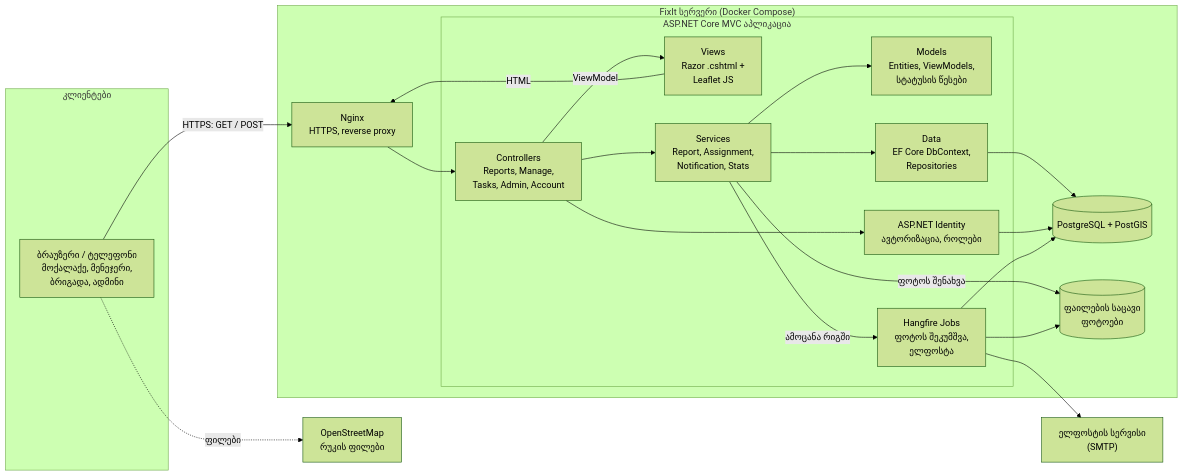
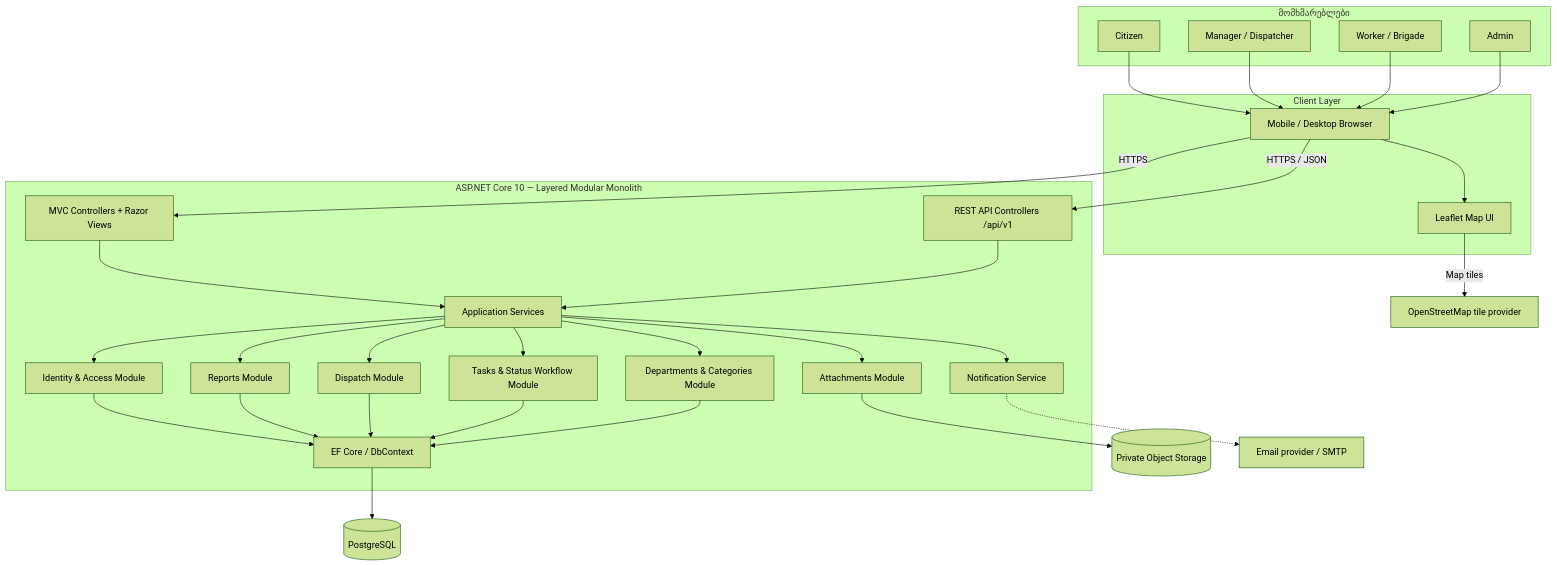
Before and after one commit to gigigiorgadze10/fixit: the first of 3 diagrams in ARCHITECTURE.md, drawn with Mermaid (forest theme). The commit also changed other lines of this file, not shown here.

````diff
--- a/ARCHITECTURE.md
+++ b/ARCHITECTURE.md
@@ -108,42 +23,56 @@
 ```mermaid
-flowchart LR
-    subgraph Clients["კლიენტები"]
-        BR["ბრაუზერი / ტელეფონი<br/>მოქალაქე, მენეჯერი,<br/>ბრიგადა, ადმინი"]
+flowchart TB
+    subgraph USERS["მომხმარებლები"]
+        CIT["Citizen"]
+        MGR["Manager / Dispatcher"]
+        WRK["Worker / Brigade"]
+        ADM["Admin"]
     end
 
-    OSM["OpenStreetMap<br/>რუკის ფილები"]
-
-    subgraph Server["FixIt სერვერი (Docker Compose)"]
-        NG["Nginx<br/>HTTPS, reverse proxy"]
-        subgraph APP["ASP.NET Core MVC აპლიკაცია"]
-            C["Controllers<br/>Reports, Manage,<br/>Tasks, Admin, Account"]
-            V["Views<br/>Razor .cshtml +<br/>Leaflet JS"]
-            S["Services<br/>Report, Assignment,<br/>Notification, Stats"]
-            M["Models<br/>Entities, ViewModels,<br/>სტატუსის წესები"]
-            R["Data<br/>EF Core DbContext,<br/>Repositories"]
-            ID["ASP.NET Identity<br/>ავტორიზაცია, როლები"]
-            HF["Hangfire Jobs<br/>ფოტოს შეკუმშვა,<br/>ელფოსტა"]
-        end
-        DB[("PostgreSQL + PostGIS")]
-        FS[("ფაილების საცავი<br/>ფოტოები")]
+    subgraph WEB["Client Layer"]
+        BROWSER["Mobile / Desktop Browser"]
+        LEAF["Leaflet Map UI"]
     end
 
-    SMTP["ელფოსტის სერვისი<br/>(SMTP)"]
+    CIT --> BROWSER
+    MGR --> BROWSER
+    WRK --> BROWSER
+    ADM --> BROWSER
+    BROWSER --> LEAF
 
-    BR -->|"HTTPS: GET / POST"| NG
-    BR -.->|ფილები| OSM
-    NG --> C
-    C -->|"ViewModel"| V
-    V -->|"HTML"| NG
-    C --> S
-    C --> ID
-    S --> M
-    S --> R
-    R --> DB
-    ID --> DB
-    S -->|"ფოტოს შენახვა"| FS
-    S -->|"ამოცანა რიგში"| HF
-    HF --> DB
-    HF --> FS
-    HF --> SMTP
+    subgraph APP["ASP.NET Core 10 — Layered Modular Monolith"]
+        MVC["MVC Controllers + Razor Views"]
+        API["REST API Controllers /api/v1"]
+        AUTH["Identity & Access Module"]
+        REPORTS["Reports Module"]
+        DISPATCH["Dispatch Module"]
+        TASKS["Tasks & Status Workflow Module"]
+        CATALOG["Departments & Categories Module"]
+        MEDIA["Attachments Module"]
+        NOTIFY["Notification Service"]
+        SERVICES["Application Services"]
+        DATA["EF Core / DbContext"]
+
+        MVC --> SERVICES
+        API --> SERVICES
+        SERVICES --> AUTH
+        SERVICES --> REPORTS
+        SERVICES --> DISPATCH
+        SERVICES --> TASKS
+        SERVICES --> CATALOG
+        SERVICES --> MEDIA
+        SERVICES --> NOTIFY
+        AUTH --> DATA
+        REPORTS --> DATA
+        DISPATCH --> DATA
+        TASKS --> DATA
+        CATALOG --> DATA
+    end
+
+    BROWSER -->|"HTTPS"| MVC
+    BROWSER -->|"HTTPS / JSON"| API
+    LEAF -->|"Map tiles"| OSM["OpenStreetMap tile provider"]
+    MEDIA --> STORAGE[("Private Object Storage")]
+    DATA --> DB[("PostgreSQL")]
+    NOTIFY -.-> EMAIL["Email provider / SMTP"]
 ```
````
